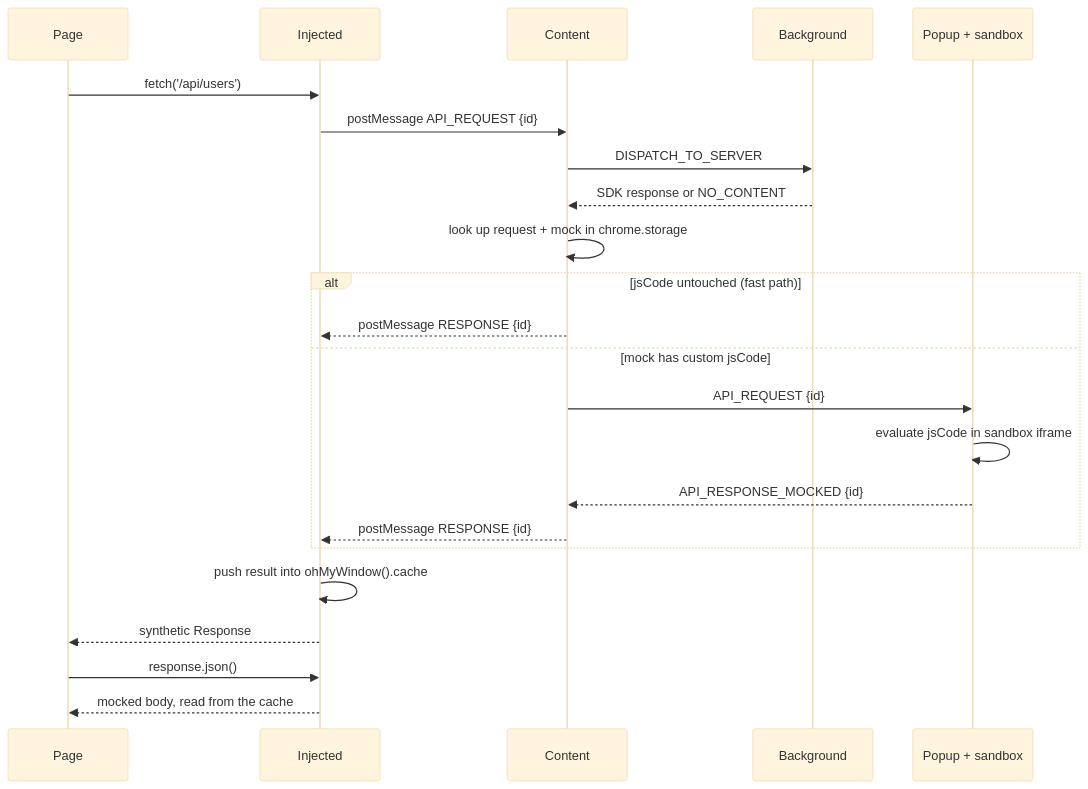
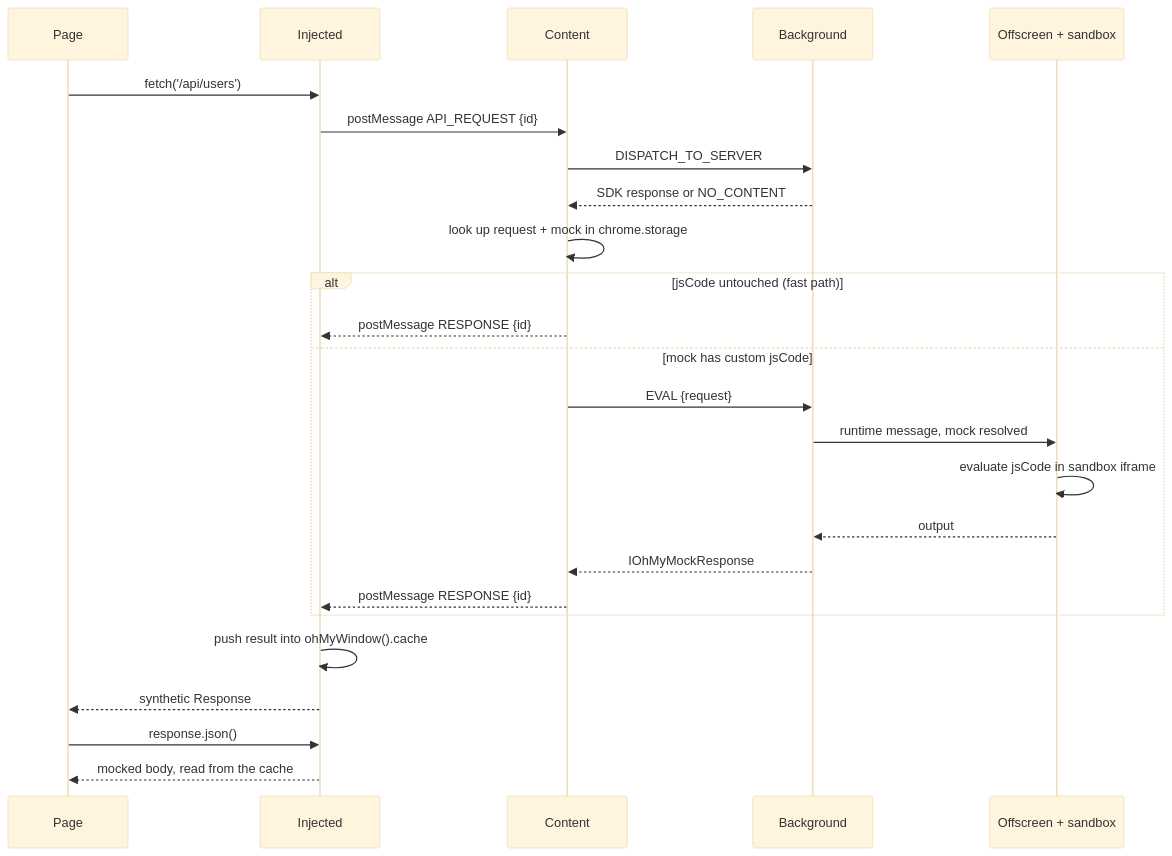
One commit to scaljeri/oh-my-mock changed the diagram in docs/architecture/request-flow.md. Above: the diagram before and after it, drawn with Mermaid (base theme). The commit also changed other lines of this file and 23 other files, not shown here.

First line of the commit message:
Take the sandbox out of the popup, so mocking no longer needs it open

````diff
--- a/docs/architecture/request-flow.md
+++ b/docs/architecture/request-flow.md
@@ -26,28 +28,30 @@
 ```mermaid
 sequenceDiagram
     participant P as Page
     participant I as Injected
     participant C as Content
     participant B as Background
-    participant U as Popup + sandbox
+    participant O as Offscreen + sandbox
 
     P->>I: fetch('/api/users')
     I->>C: postMessage API_REQUEST {id}
     C->>B: DISPATCH_TO_SERVER
     B-->>C: SDK response or NO_CONTENT
     C->>C: look up request + mock in chrome.storage
 
     alt jsCode untouched (fast path)
         C-->>I: postMessage RESPONSE {id}
     else mock has custom jsCode
-        C->>U: API_REQUEST {id}
-        U->>U: evaluate jsCode in sandbox iframe
-        U-->>C: API_RESPONSE_MOCKED {id}
+        C->>B: EVAL {request}
+        B->>O: runtime message, mock resolved
+        O->>O: evaluate jsCode in sandbox iframe
+        O-->>B: output
+        B-->>C: IOhMyMockResponse
         C-->>I: postMessage RESPONSE {id}
     end
 
     I->>I: push result into ohMyWindow().cache
     I-->>P: synthetic Response
     P->>I: response.json()
     I-->>P: mocked body, read from the cache
 ```
````
